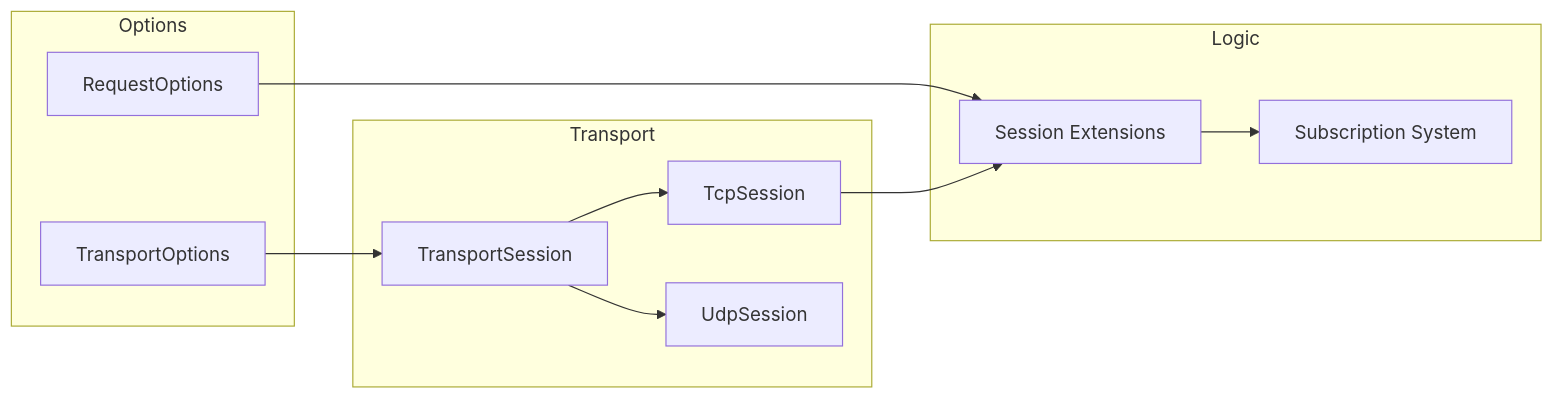
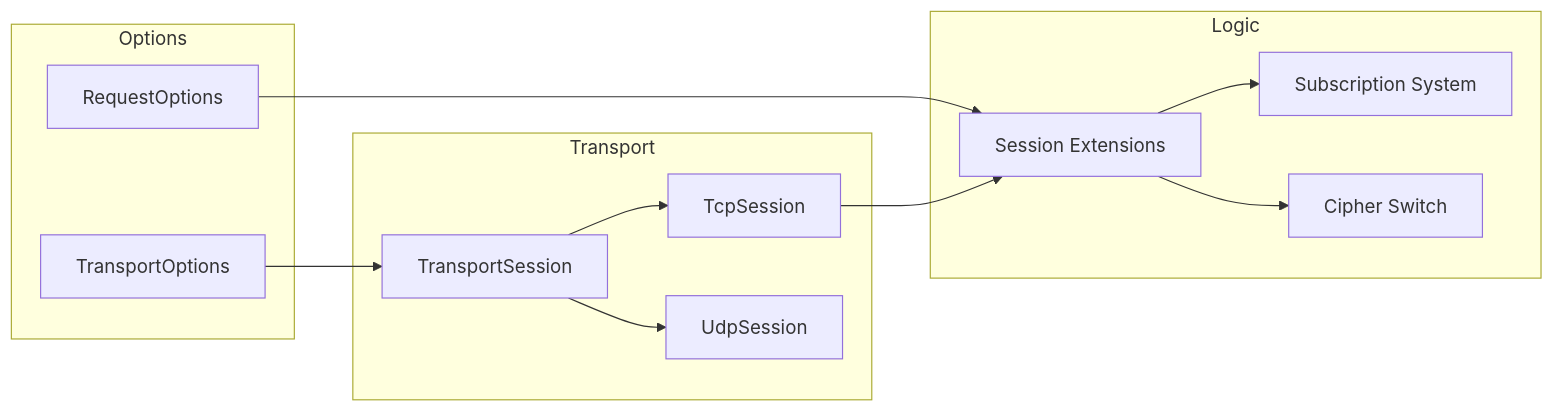
The diagram in docs/api/sdk/index.md (ppn-systems/Nalix), drawn with Mermaid before and after one commit. The commit also changed other lines of this file and 41 other files, not shown here.

````diff
--- a/docs/api/sdk/index.md
+++ b/docs/api/sdk/index.md
@@ -7,25 +7,27 @@
 ```mermaid
 graph LR
     subgraph Options
         TO[TransportOptions]
         RO[RequestOptions]
     end
     
     subgraph Transport
         TS[TransportSession]
         TCP[TcpSession]
         UDP[UdpSession]
     end
     
     subgraph Logic
         EXT[Session Extensions]
         SUB[Subscription System]
+        CIPHER[Cipher Switch]
     end
     
     TO --> TS
     RO --> EXT
     TS --> TCP
     TS --> UDP
     TCP --> EXT
     EXT --> SUB
+    EXT --> CIPHER
 ```
````
